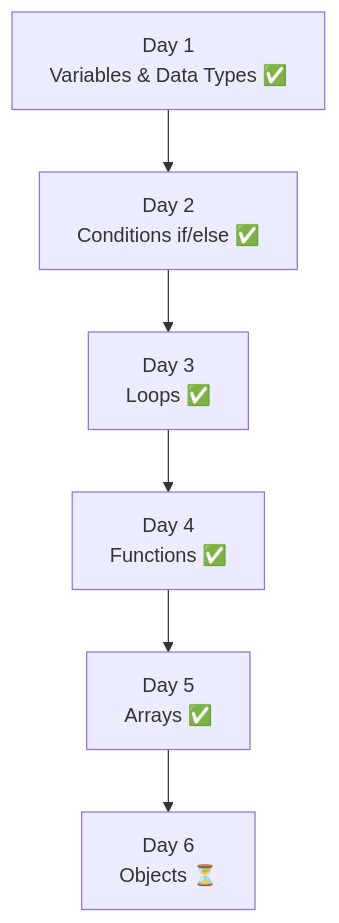
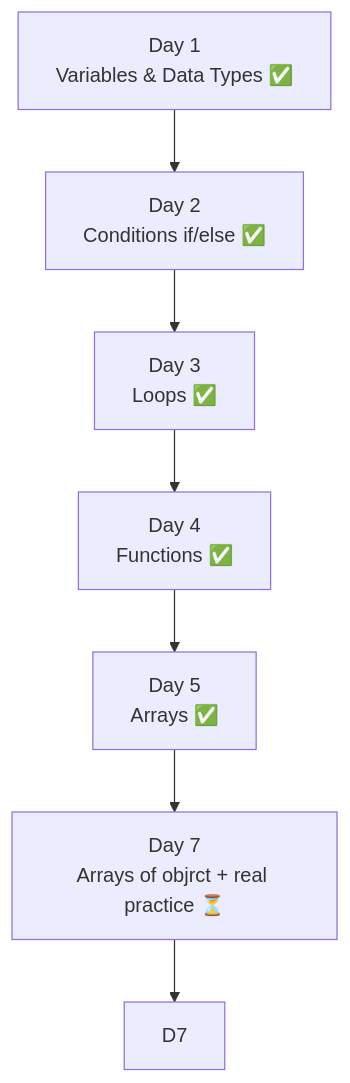
The diagram in README.md (Madannayak003/my-codespace-2026), drawn with Mermaid before and after one commit.

Commit message:
Update Day 6 status to completed

````diff
--- a/README.md
+++ b/README.md
@@ -174,15 +174,17 @@
 ```mermaid
 graph TD
     D1["Day 1<br/>Variables & Data Types ✅"]
     D2["Day 2<br/>Conditions if/else ✅"]
     D3["Day 3<br/>Loops ✅"]
     D4["Day 4<br/>Functions ✅"]
     D5["Day 5<br/>Arrays ✅"]
-    D6["Day 6<br/>Objects ⏳"]
+    D6["Day 6<br/>Objects ✅"]
+    D6["Day 7<br/>Arrays of objrct + real practice ⏳"]
 
     D1 --> D2
     D2 --> D3
     D3 --> D4
     D4 --> D5
     D5 --> D6
+    D6 --> D7
 ```
````
